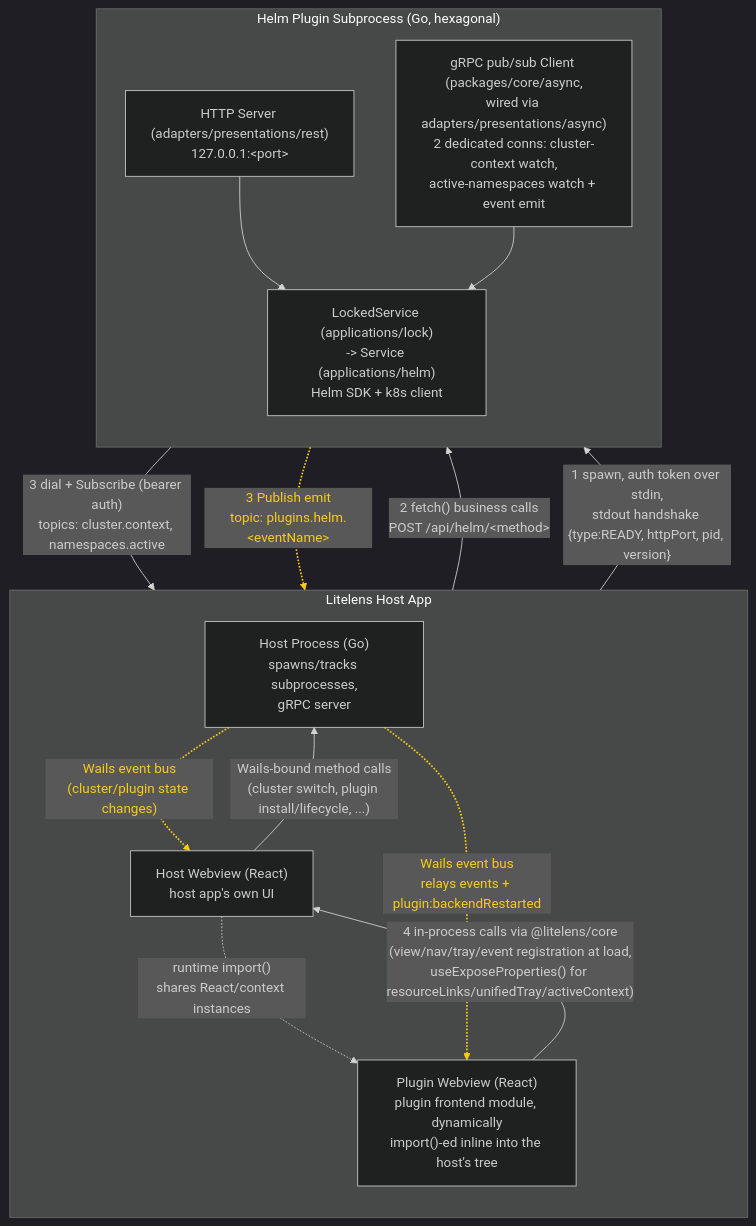
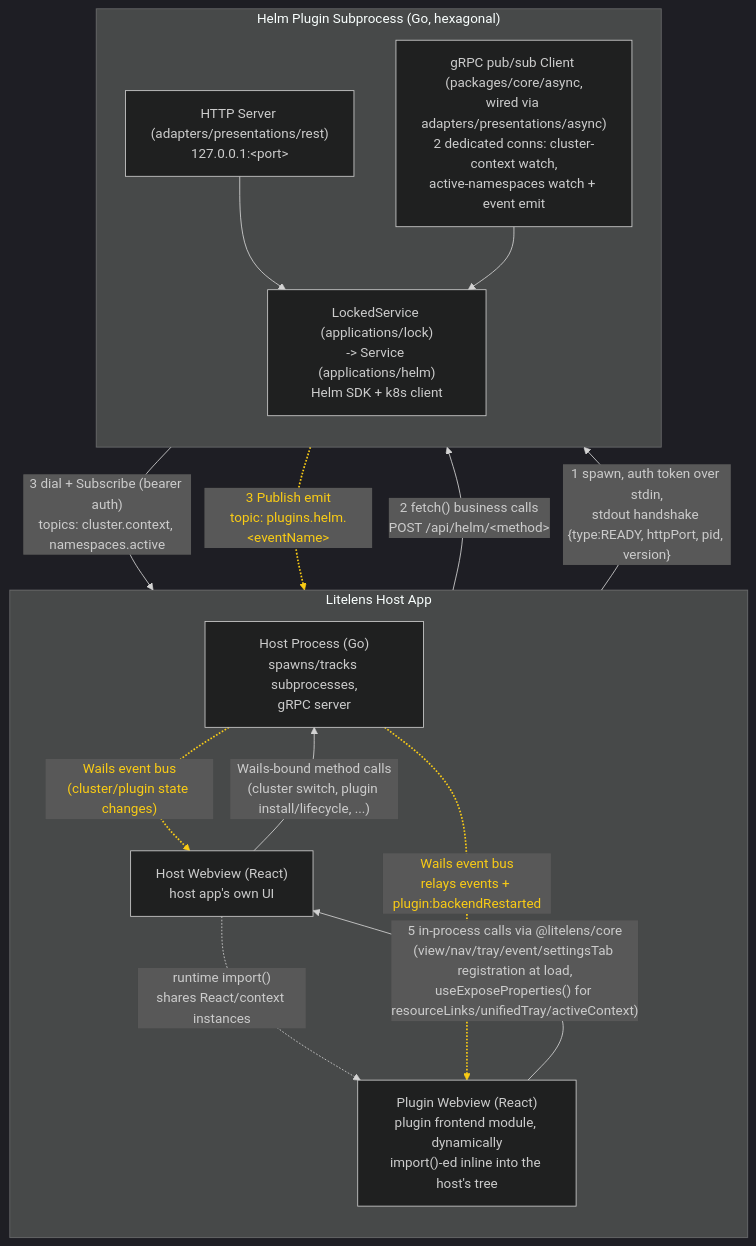
The diagram in docs/architecture/architecture-dark.mmd (litelensapp/litelens-plugins), drawn with Mermaid before and after one commit. The commit also changed 34 other files, not shown here.

First line of the commit message:
feat: add helm repository management and settings tab (#10)

```diff
--- a/docs/architecture/architecture-dark.mmd
+++ b/docs/architecture/architecture-dark.mmd
@@ -1,29 +1,29 @@
 %%{init: {"theme": "dark"}}%%
 flowchart TB
     subgraph HOST["Litelens Host App"]
         direction TB
         HP["Host Process (Go)<br/>spawns/tracks subprocesses,<br/>gRPC server"]
         HW["Host Webview (React)<br/>host app's own UI"]
         PW["Plugin Webview (React)<br/>plugin frontend module, dynamically<br/>import()-ed inline into the host's tree"]
         HW -. "runtime import()<br/>shares React/context instances" .-> PW
-        PW -- "4 in-process calls via @litelens/core<br/>(view/nav/tray/event registration at load,<br/>useExposeProperties() for resourceLinks/unifiedTray/activeContext)" --> HW
+        PW -- "5 in-process calls via @litelens/core<br/>(view/nav/tray/event/settingsTab registration at load,<br/>useExposeProperties() for resourceLinks/unifiedTray/activeContext)" --> HW
     end
 
     subgraph PLUGIN["Helm Plugin Subprocess (Go, hexagonal)"]
         direction TB
         PH["HTTP Server (adapters/presentations/rest)<br/>127.0.0.1:&lt;port&gt;"]
         PG["gRPC pub/sub Client (packages/core/async,<br/>wired via adapters/presentations/async)<br/>2 dedicated conns: cluster-context watch,<br/>active-namespaces watch + event emit"]
         PS["LockedService (applications/lock)<br/>-&gt; Service (applications/helm)<br/>Helm SDK + k8s client"]
         PH --> PS
         PG --> PS
     end
 
     HW -- "Wails-bound method calls<br/>(cluster switch, plugin install/lifecycle, ...)" --> HP
     HP -. "Wails event bus<br/>(cluster/plugin state changes)" .-> HW
     HP -- "1 spawn, auth token over stdin,<br/>stdout handshake {type:READY, httpPort, pid, version}" --> PLUGIN
     PW -- "2 fetch() business calls<br/>POST /api/helm/&lt;method&gt;" --> PH
     PG -- "3 dial + Subscribe (bearer auth)<br/>topics: cluster.context, namespaces.active" --> HP
     PG -. "3 Publish emit<br/>topic: plugins.helm.&lt;eventName&gt;" .-> HP
     HP -. "Wails event bus<br/>relays events + plugin:backendRestarted" .-> PW
 
     linkStyle 5,9,10 stroke:#facc15,stroke-width:2px,color:#facc15
```
